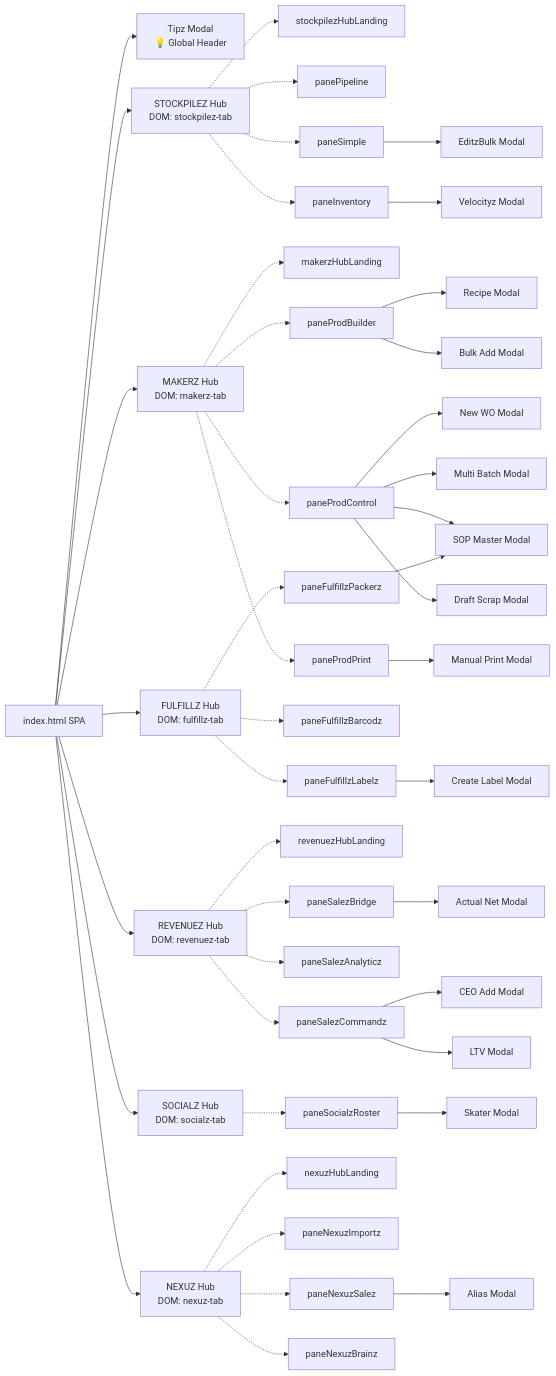
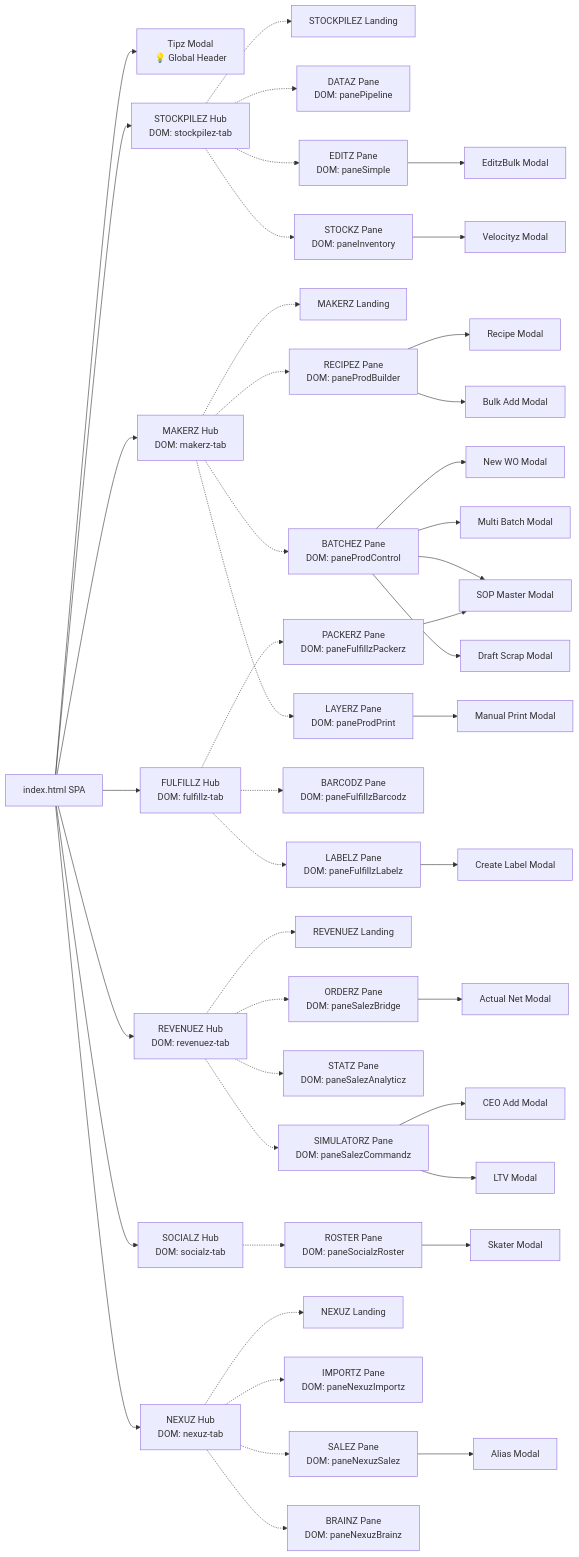
One commit to Neogleamz/neogleamz.github.io changed the diagram in nomenclature_dictionary.md. Above: the diagram before and after it, drawn with Mermaid. The commit also changed 3 other files, not shown here.

Commit message:
fix(diagram): map canonical UI tab labels (DATAZ, RECIPEZ, etc) into mermaid nomenclature tree

````diff
--- a/nomenclature_dictionary.md
+++ b/nomenclature_dictionary.md
@@ -14,67 +14,67 @@
 ```mermaid
 graph LR
     App[index.html SPA]
     
     %% Global
     App --> TipzModal[Tipz Modal <br> 💡 Global Header]
     
     %% STOCKPILEZ HUB
     App --> Stockpilez[STOCKPILEZ Hub<br>DOM: stockpilez-tab]
-    Stockpilez -.-> SP_Landing[stockpilezHubLanding]
-    Stockpilez -.-> SP_Pipeline[panePipeline]
-    Stockpilez -.-> SP_Simple[paneSimple]
-    Stockpilez -.-> SP_Inventory[paneInventory]
+    Stockpilez -.-> SP_Landing[STOCKPILEZ Landing]
+    Stockpilez -.-> SP_Pipeline[DATAZ Pane<br>DOM: panePipeline]
+    Stockpilez -.-> SP_Simple[EDITZ Pane<br>DOM: paneSimple]
+    Stockpilez -.-> SP_Inventory[STOCKZ Pane<br>DOM: paneInventory]
     
     SP_Simple --> EditzBulkModal[EditzBulk Modal]
     SP_Inventory --> VelocityzModal[Velocityz Modal]
     
     %% MAKERZ HUB
     App --> Makerz[MAKERZ Hub<br>DOM: makerz-tab]
-    Makerz -.-> MK_Landing[makerzHubLanding]
-    Makerz -.-> MK_Builder[paneProdBuilder]
-    Makerz -.-> MK_Control[paneProdControl]
-    Makerz -.-> MK_Print[paneProdPrint]
+    Makerz -.-> MK_Landing[MAKERZ Landing]
+    Makerz -.-> MK_Builder[RECIPEZ Pane<br>DOM: paneProdBuilder]
+    Makerz -.-> MK_Control[BATCHEZ Pane<br>DOM: paneProdControl]
+    Makerz -.-> MK_Print[LAYERZ Pane<br>DOM: paneProdPrint]
     
     MK_Builder --> RecipeModal[Recipe Modal]
     MK_Builder --> BulkAddModal[Bulk Add Modal]
     MK_Control --> NewWOModal[New WO Modal]
     MK_Control --> MultiBatchModal[Multi Batch Modal]
     MK_Control --> SOPMasterModal[SOP Master Modal]
     MK_Control --> DraftScrapModal[Draft Scrap Modal]
     MK_Print --> ManualPrintModal[Manual Print Modal]
     
     %% FULFILLZ HUB
     App --> Fulfillz[FULFILLZ Hub<br>DOM: fulfillz-tab]
-    Fulfillz -.-> FZ_Packerz[paneFulfillzPackerz]
-    Fulfillz -.-> FZ_Barcodz[paneFulfillzBarcodz]
-    Fulfillz -.-> FZ_Labelz[paneFulfillzLabelz]
+    Fulfillz -.-> FZ_Packerz[PACKERZ Pane<br>DOM: paneFulfillzPackerz]
+    Fulfillz -.-> FZ_Barcodz[BARCODZ Pane<br>DOM: paneFulfillzBarcodz]
+    Fulfillz -.-> FZ_Labelz[LABELZ Pane<br>DOM: paneFulfillzLabelz]
     
     FZ_Packerz --> SOPMasterModal
     FZ_Labelz --> CreateLabelModal[Create Label Modal]
     
     %% REVENUEZ HUB
     App --> Revenuez[REVENUEZ Hub<br>DOM: revenuez-tab]
-    Revenuez -.-> RV_Landing[revenuezHubLanding]
-    Revenuez -.-> RV_Bridge[paneSalezBridge]
-    Revenuez -.-> RV_Analyticz[paneSalezAnalyticz]
-    Revenuez -.-> RV_Commandz[paneSalezCommandz]
+    Revenuez -.-> RV_Landing[REVENUEZ Landing]
+    Revenuez -.-> RV_Bridge[ORDERZ Pane<br>DOM: paneSalezBridge]
+    Revenuez -.-> RV_Analyticz[STATZ Pane<br>DOM: paneSalezAnalyticz]
+    Revenuez -.-> RV_Commandz[SIMULATORZ Pane<br>DOM: paneSalezCommandz]
     
     RV_Bridge --> ActualNetModal[Actual Net Modal]
     RV_Commandz --> CeoAddModal[CEO Add Modal]
     RV_Commandz --> LtvModal[LTV Modal]
     
     %% SOCIALZ HUB
     App --> Socialz[SOCIALZ Hub<br>DOM: socialz-tab]
-    Socialz -.-> SZ_Roster[paneSocialzRoster]
+    Socialz -.-> SZ_Roster[ROSTER Pane<br>DOM: paneSocialzRoster]
     
     SZ_Roster --> SkaterModal[Skater Modal]
     
     %% NEXUZ HUB
     App --> Nexuz[NEXUZ Hub<br>DOM: nexuz-tab]
-    Nexuz -.-> NX_Landing[nexuzHubLanding]
-    Nexuz -.-> NX_Importz[paneNexuzImportz]
-    Nexuz -.-> NX_Salez[paneNexuzSalez]
-    Nexuz -.-> NX_Brainz[paneNexuzBrainz]
+    Nexuz -.-> NX_Landing[NEXUZ Landing]
+    Nexuz -.-> NX_Importz[IMPORTZ Pane<br>DOM: paneNexuzImportz]
+    Nexuz -.-> NX_Salez[SALEZ Pane<br>DOM: paneNexuzSalez]
+    Nexuz -.-> NX_Brainz[BRAINZ Pane<br>DOM: paneNexuzBrainz]
     
     NX_Salez --> AliasModal[Alias Modal]
 ```
````
